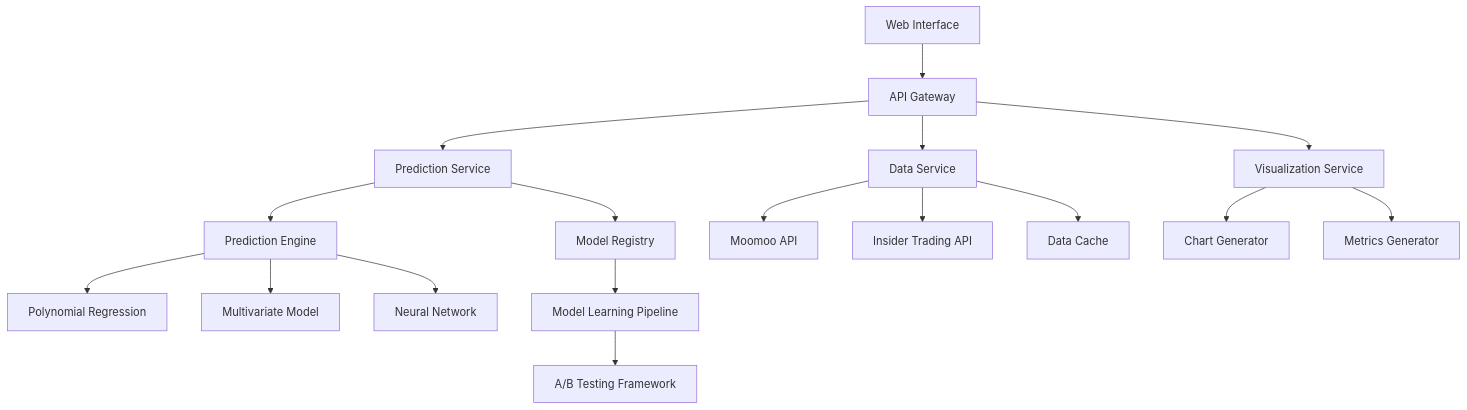
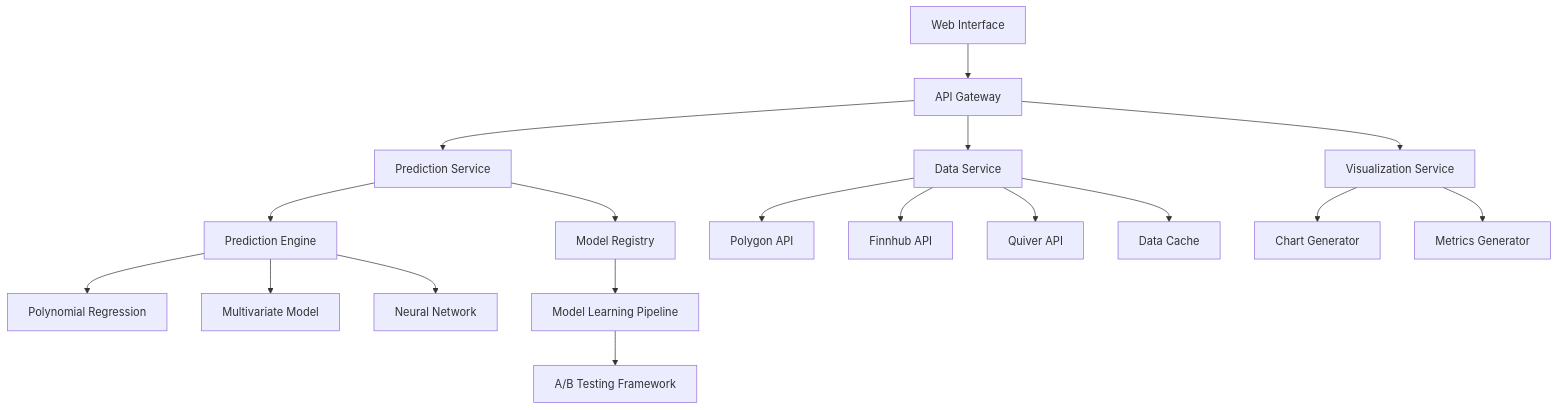
The diagram in .kiro/specs/stock-price-predictor/design.md (Dpope32/ANFA), drawn with Mermaid before and after one commit. The commit also changed other lines of this file and 2 other files, not shown here.

````diff
--- a/.kiro/specs/stock-price-predictor/design.md
+++ b/.kiro/specs/stock-price-predictor/design.md
@@ -17,24 +17,25 @@
 ```mermaid
 graph TB
     UI[Web Interface] --> API[API Gateway]
     API --> PS[Prediction Service]
     API --> DS[Data Service]
     API --> VS[Visualization Service]
 
     PS --> MR[Model Registry]
     PS --> PE[Prediction Engine]
 
-    DS --> MM[Moomoo API]
-    DS --> IT[Insider Trading API]
+    DS --> PG[Polygon API]
+    DS --> FH[Finnhub API]
+    DS --> QV[Quiver API]
     DS --> DC[Data Cache]
 
     PE --> PR[Polynomial Regression]
     PE --> MV[Multivariate Model]
     PE --> NN[Neural Network]
 
     VS --> CG[Chart Generator]
     VS --> MG[Metrics Generator]
 
     MR --> ML[Model Learning Pipeline]
     ML --> AB[A/B Testing Framework]
 ```
````
